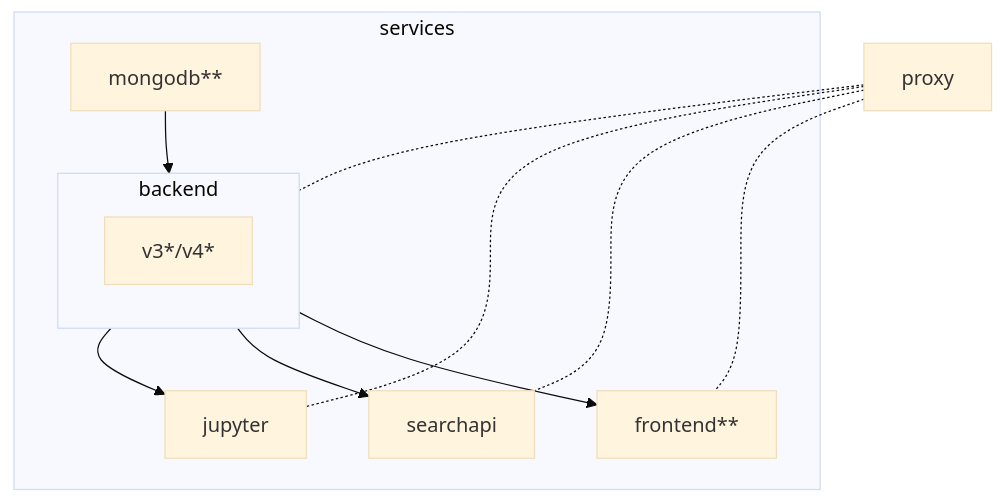
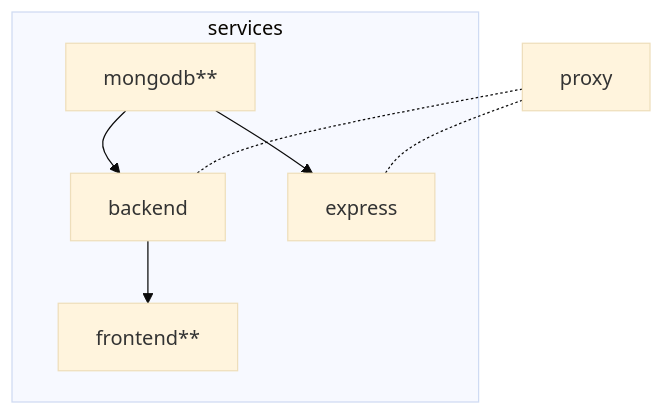
The diagram in README.md (PatrickFuhrmann-HTWBerlin/scicatlive-mini), drawn with Mermaid (base theme) before and after one commit. The commit also changed other lines of this file, not shown here.

````diff
--- a/README.md
+++ b/README.md
@@ -30,17 +30,13 @@
 ```mermaid
 graph TD
    subgraph services
-      subgraph backend
-         backends[v3*/v4*]
-      end
+      
       mongodb[mongodb**] --> backend
+      mongodb[mongodb**] --> express
       backend --> frontend[frontend**]
-      backend --> searchapi
-      backend --> jupyter
+
    end
 
    proxy -.- backend
-   proxy -.- frontend
-   proxy -.- searchapi
-   proxy -.- jupyter
+   proxy -.- express
 ```
````
